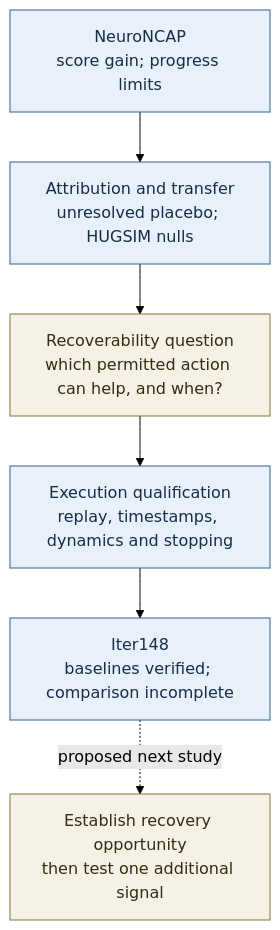
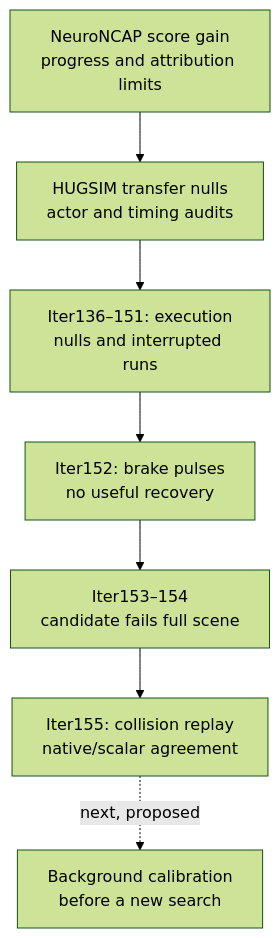
One commit to manfromnowhere143/sentinel changed the second of 3 diagrams in README.md. Above: the diagram before and after it, drawn with Mermaid (forest theme). The commit also changed other lines of this file and 60 other files, not shown here.

Commit message:
docs: refine Sentinel narrative and diagrams through Iter155

````diff
--- a/README.md
+++ b/README.md
@@ -236,12 +227,11 @@
 ```mermaid
 flowchart TB
-  N["NeuroNCAP<br/>score gain; progress limits"] --> A["Attribution and transfer<br/>unresolved placebo; HUGSIM nulls"]
-  A --> Q["Recoverability question<br/>which permitted action can help, and when?"]
-  Q --> X["Execution qualification<br/>replay, timestamps, dynamics and stopping"]
-  X --> R["Iter148<br/>baselines verified; comparison incomplete"]
-  R -. "proposed next study" .-> F["Establish recovery opportunity<br/>then test one additional signal"]
-  classDef observed fill:#e8f1fb,stroke:#32628c,color:#142d45;
-  classDef proposed fill:#f5f1e5,stroke:#89733a,color:#352b12;
-  class N,A,X,R observed;
-  class Q,F proposed;
+  accTitle: How the evidence changed the research question
+  accDescr: Benchmark gains and transfer nulls lead to recovery tests, a failed model candidate, and a verified background collision witness.
+  N["NeuroNCAP score gain<br/>progress and attribution limits"] --> T["HUGSIM transfer nulls<br/>actor and timing audits"]
+  T --> E["Iter136–151: execution<br/>nulls and interrupted runs"]
+  E --> P["Iter152: brake pulses<br/>no useful recovery"]
+  P --> M["Iter153–154<br/>candidate fails full scene"]
+  M --> W["Iter155: collision replay<br/>native/scalar agreement"]
+  W -. "next, proposed" .-> C["Background calibration<br/>before a new search"]
 ```
````
